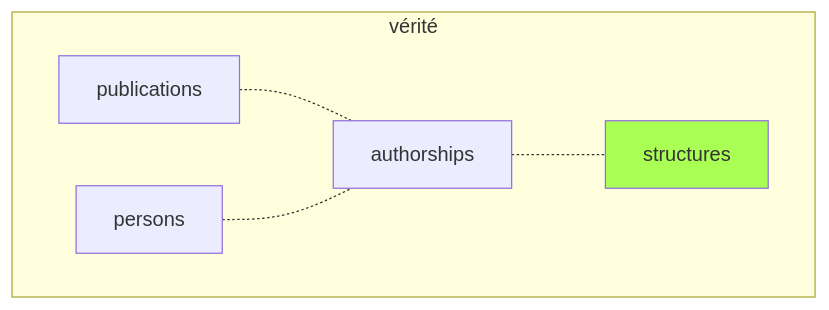
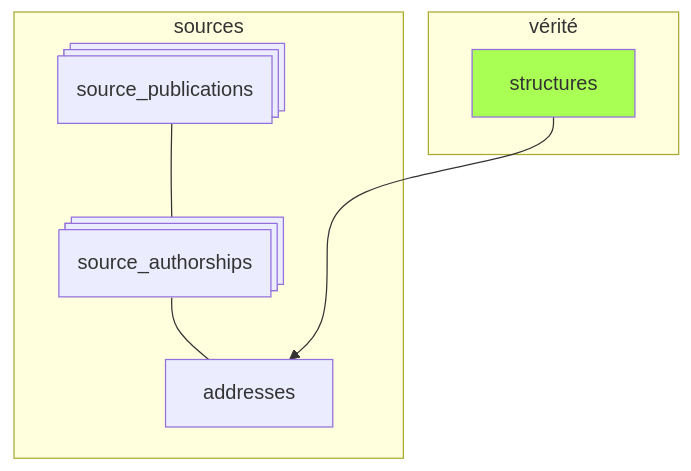
Before and after one commit to Y33sha/bibliometrie-uca: the first of 4 diagrams in docs/pipeline/12-resume.md, drawn with Mermaid. The commit also changed other lines of this file and 2 other files, not shown here.

````diff
--- a/docs/pipeline/12-resume.md
+++ b/docs/pipeline/12-resume.md
@@ -5,11 +5,14 @@
 ```mermaid
-flowchart LR
+flowchart TD
     subgraph vérité
-    direction LR
-    A[publications]-.-B[authorships]
-    C[persons]-.-B
-    B-.-F[structures]
+    structures
     end
+    subgraph sources 
+    SP@{ shape: procs, label: "source_publications"}---SA@{ shape: procs, label: "source_authorships"}
+    SA---addresses
+    end
+    
+    structures--->addresses
     classDef valid  fill:#af5
-    class F valid;
+    class structures valid;
 ```
````
